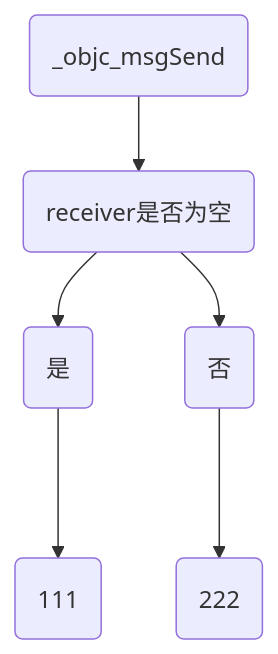
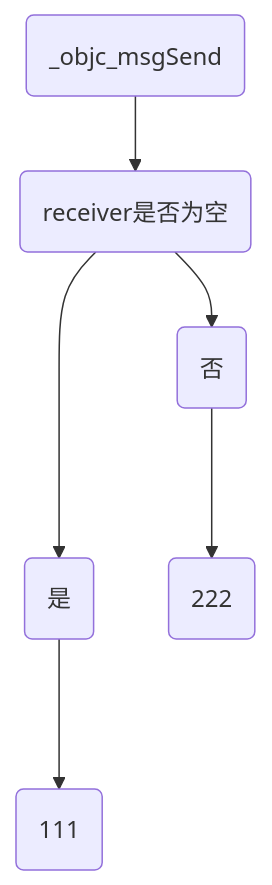
Before and after one commit to i-stack/STSourceCodeProject: the diagram in Blogs/iOS/04-消息转发流程.md, drawn with Mermaid.

````diff
--- a/Blogs/iOS/04-消息转发流程.md
+++ b/Blogs/iOS/04-消息转发流程.md
@@ -88,7 +88,7 @@
 ```mermaid
 graph TD
 A(_objc_msgSend)-->B1(receiver是否为空)
-B1-->C1(是)--->D1(111)
-B1(receiver是否为空)-->C2(否)--->D2(222)
+B1---->C1(是)--->D1(111)
+B1-->C2(否)--->D2(222)
 
 ```
````
